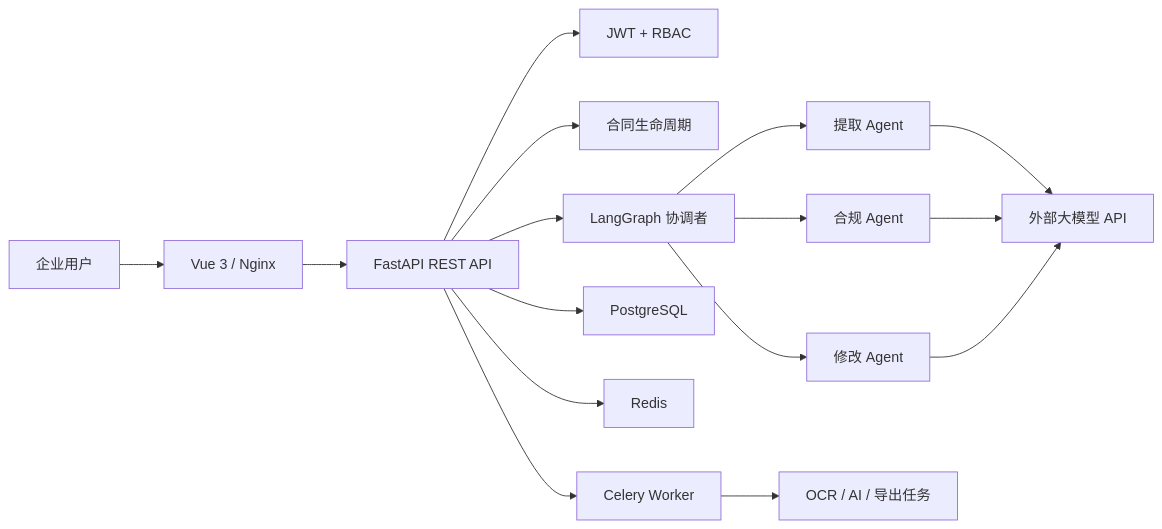
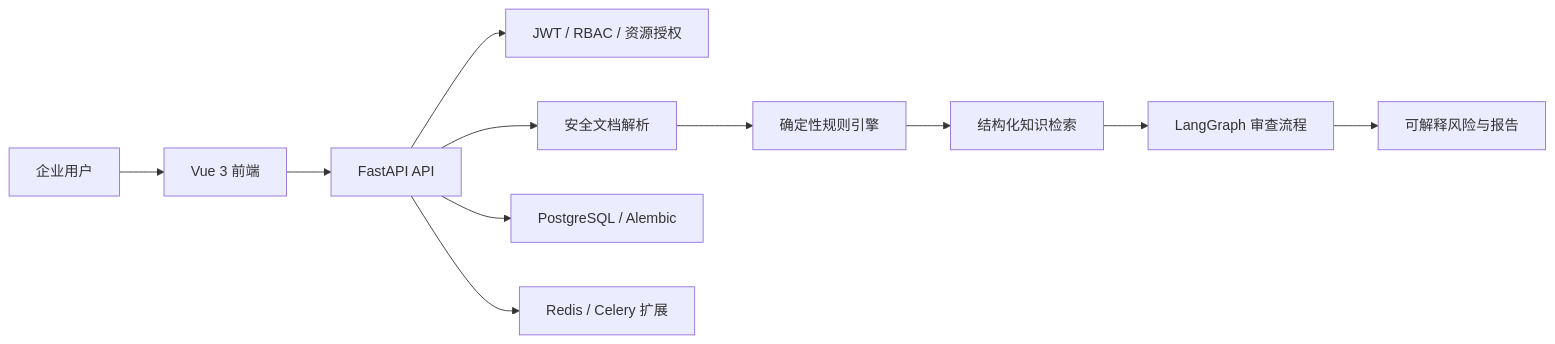
The first of 2 diagrams in README.md (altoclef6/contract-review-system), drawn with Mermaid before and after one commit. The commit also changed other lines of this file and 1 other file, not shown here.

Commit message:
docs: publish verified architecture and metrics

````diff
--- a/README.md
+++ b/README.md
@@ -24,18 +21,13 @@
 ```mermaid
 flowchart LR
-    U["企业用户"] --> N["Vue 3 / Nginx"]
-    N --> API["FastAPI REST API"]
-    API --> AUTH["JWT + RBAC"]
-    API --> CM["合同生命周期"]
-    API --> LG["LangGraph 协调者"]
-    LG --> EX["提取 Agent"]
-    LG --> CO["合规 Agent"]
-    LG --> RE["修改 Agent"]
-    EX --> LLM["外部大模型 API"]
-    CO --> LLM
-    RE --> LLM
-    API --> PG["PostgreSQL"]
-    API --> RD["Redis"]
-    API --> CE["Celery Worker"]
-    CE --> OCR["OCR / AI / 导出任务"]
+    U["企业用户"] --> V["Vue 3 前端"]
+    V --> API["FastAPI API"]
+    API --> A["JWT / RBAC / 资源授权"]
+    API --> P["安全文档解析"]
+    P --> R["确定性规则引擎"]
+    R --> K["结构化知识检索"]
+    K --> G["LangGraph 审查流程"]
+    G --> O["可解释风险与报告"]
+    API --> DB["PostgreSQL / Alembic"]
+    API --> C["Redis / Celery 扩展"]
 ```
````
